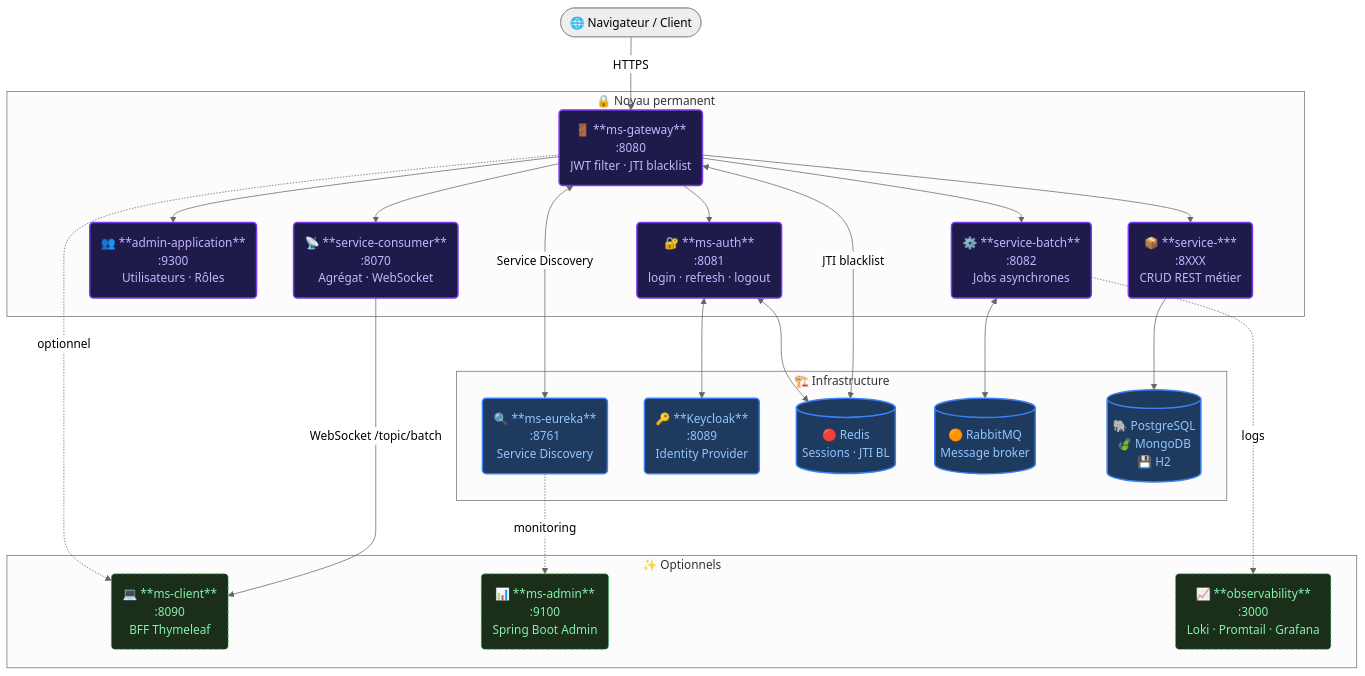
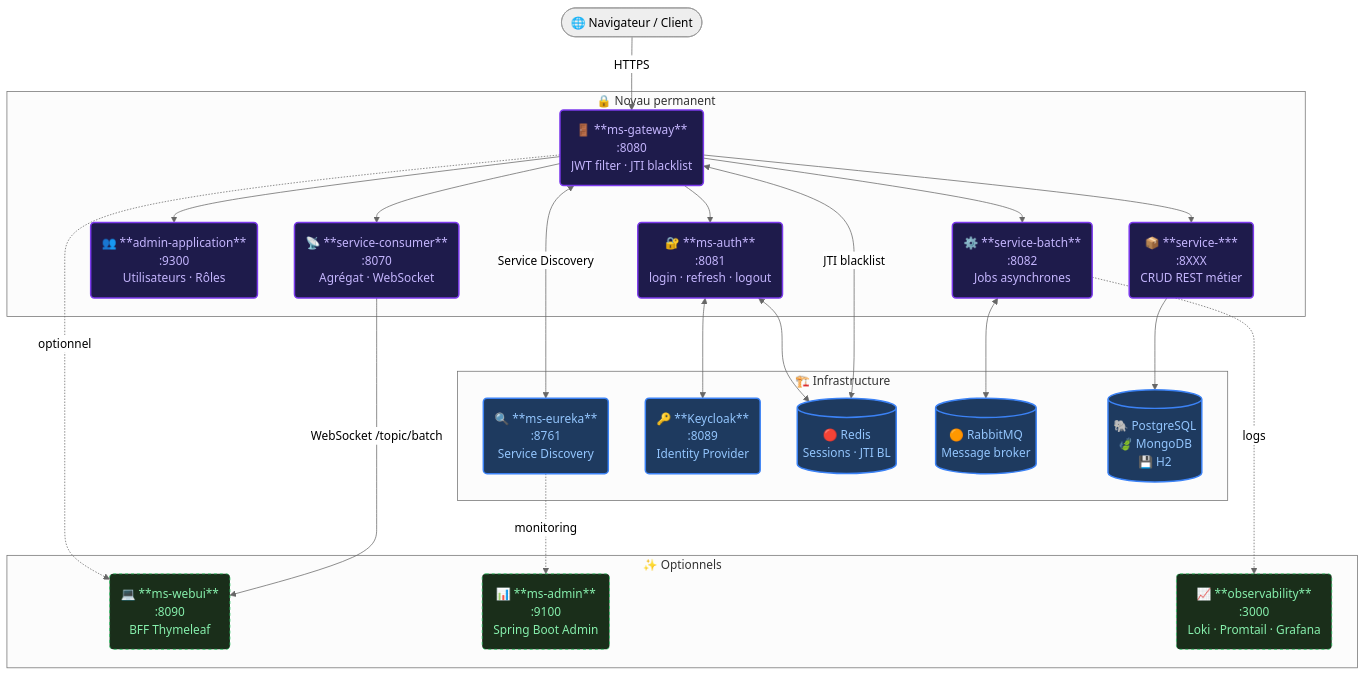
The diagram in README.md (monsieur486/GestoMS), drawn with Mermaid (neutral theme) before and after one commit. The commit also changed other lines of this file and 4 other files, not shown here.

First line of the commit message:
refactor(platform): rename ms-client to ms-webui in compose/env/docs/UI

````diff
--- a/README.md
+++ b/README.md
@@ -47,56 +47,56 @@
 ```mermaid
 flowchart TD
     Browser([🌐 Navigateur / Client])
 
     Browser -->|HTTPS| GW
 
     subgraph permanent [" 🔒 Noyau permanent "]
         GW("🚪 **ms-gateway**\n:8080\nJWT filter · JTI blacklist")
         AUTH("🔐 **ms-auth**\n:8081\nlogin · refresh · logout")
         ADMIN("👥 **admin-application**\n:9300\nUtilisateurs · Rôles")
         CON("📡 **service-consumer**\n:8070\nAgrégat · WebSocket")
         BAT("⚙️ **service-batch**\n:8082\nJobs asynchrones")
         SVC("📦 **service-***\n:8XXX\nCRUD REST métier")
     end
 
     subgraph infra [" 🏗️ Infrastructure "]
         EUR("🔍 **ms-eureka**\n:8761\nService Discovery")
         KC("🔑 **Keycloak**\n:8089\nIdentity Provider")
         REDIS[("🔴 Redis\nSessions · JTI BL")]
         MQ[("🟠 RabbitMQ\nMessage broker")]
         DB[("🐘 PostgreSQL\n🍃 MongoDB\n💾 H2")]
     end
 
     subgraph optional [" ✨ Optionnels "]
-        CLIENT("💻 **ms-client**\n:8090\nBFF Thymeleaf")
+        CLIENT("💻 **ms-webui**\n:8090\nBFF Thymeleaf")
         SBAADM("📊 **ms-admin**\n:9100\nSpring Boot Admin")
         OBS("📈 **observability**\n:3000\nLoki · Promtail · Grafana")
     end
 
     GW <-->|Service Discovery| EUR
     GW --> AUTH
     GW --> ADMIN
     GW --> SVC
     GW --> CON
     GW --> BAT
     GW -.->|optionnel| CLIENT
 
     AUTH <--> KC
     AUTH <--> REDIS
     GW <-->|JTI blacklist| REDIS
 
     SVC --> DB
     BAT <--> MQ
     CON -->|WebSocket /topic/batch| CLIENT
 
     EUR -.->|monitoring| SBAADM
     BAT -.->|logs| OBS
 
     classDef permanent fill:#1e1b4b,color:#c4b5fd,stroke:#7c3aed,stroke-width:2px
     classDef infra fill:#1e3a5f,color:#93c5fd,stroke:#3b82f6,stroke-width:2px
     classDef optional fill:#1a2e1a,color:#86efac,stroke:#22c55e,stroke-width:1px,stroke-dasharray:4
 
     class GW,AUTH,ADMIN,CON,BAT,SVC permanent
     class EUR,KC,REDIS,MQ,DB infra
     class CLIENT,SBAADM,OBS optional
 ```
````
